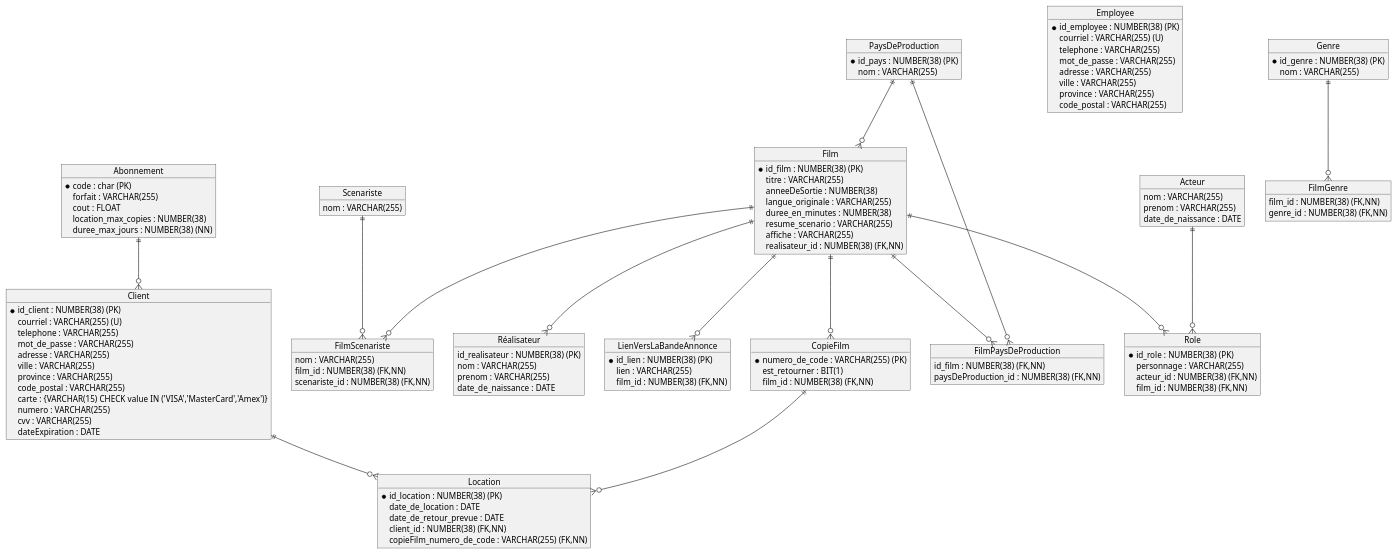
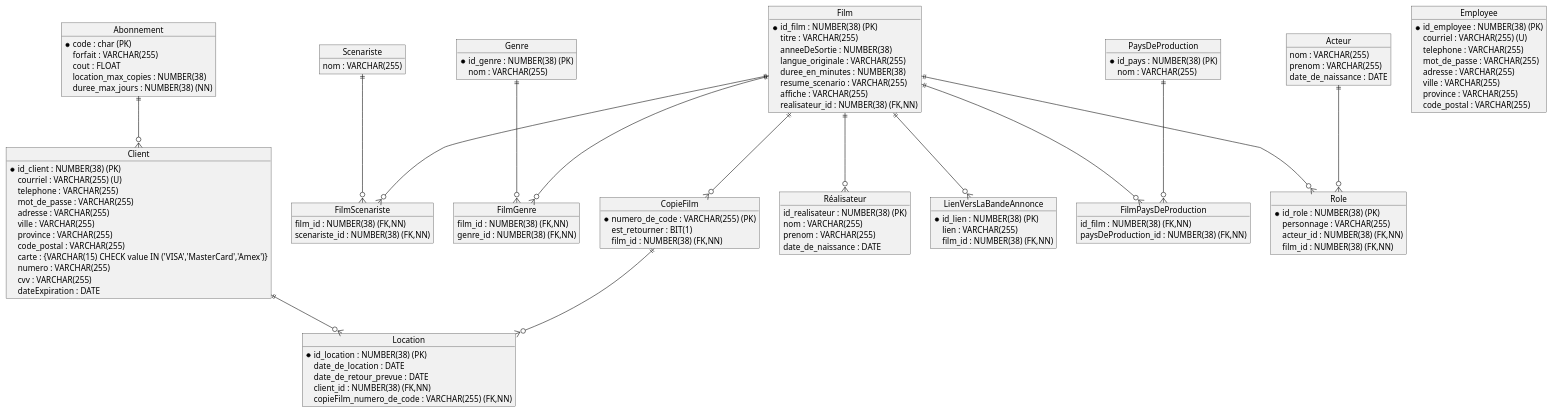
One commit to samihanine/log660-labo1 changed the diagram in tache1.puml. Above: the diagram before and after it, drawn with PlantUML.

Commit message:
refactor: Remove unnecessary attribute and fix relationship in UML class diagram

```diff
--- a/tache1.puml
+++ b/tache1.puml
@@ -1,131 +1,130 @@
 @startuml
 object "Client" as Client {
   *id_client : NUMBER(38) (PK)
   courriel : VARCHAR(255) (U)
   telephone : VARCHAR(255)
   mot_de_passe : VARCHAR(255)
   adresse : VARCHAR(255)
   ville : VARCHAR(255)
   province : VARCHAR(255)
   code_postal : VARCHAR(255)
   carte : {VARCHAR(15) CHECK value IN ('VISA','MasterCard','Amex')}
   numero : VARCHAR(255)
   cvv : VARCHAR(255)
   dateExpiration : DATE
 }
 
 object "Employee" as Employee {
   *id_employee : NUMBER(38) (PK)
   courriel : VARCHAR(255) (U)
   telephone : VARCHAR(255)
   mot_de_passe : VARCHAR(255)
   adresse : VARCHAR(255)
   ville : VARCHAR(255)
   province : VARCHAR(255)
   code_postal : VARCHAR(255)
 }
 
 object "Abonnement" as Abonnement {
   *code : char (PK)
   forfait : VARCHAR(255)
   cout : FLOAT
   location_max_copies : NUMBER(38)
   duree_max_jours : NUMBER(38) (NN)
 }
 
 object "Film" as Film {
   *id_film : NUMBER(38) (PK)
   titre : VARCHAR(255)
   anneeDeSortie : NUMBER(38)
   langue_originale : VARCHAR(255)
   duree_en_minutes : NUMBER(38)
   resume_scenario : VARCHAR(255)
   affiche : VARCHAR(255)
   realisateur_id : NUMBER(38) (FK,NN)
 }
 
 object "FilmScenariste" as FilmScenariste {
-  nom : VARCHAR(255)
   film_id : NUMBER(38) (FK,NN)
   scenariste_id : NUMBER(38) (FK,NN)
 }
 
 object "Scenariste" as Scenariste {
   nom : VARCHAR(255)
 }
 
 object "FilmGenre" as FilmGenre {
   film_id : NUMBER(38) (FK,NN)
   genre_id : NUMBER(38) (FK,NN)
 }
 
 object "Genre" as Genre {
   *id_genre : NUMBER(38) (PK)
   nom : VARCHAR(255)
 }
 
 object "Acteur" as Acteur {
   nom : VARCHAR(255)
   prenom : VARCHAR(255)
   date_de_naissance : DATE
 }
 
 object "FilmPaysDeProduction" as FilmPaysDeProduction {
   id_film : NUMBER(38) (FK,NN)
   paysDeProduction_id : NUMBER(38) (FK,NN)
 }
 
 object "PaysDeProduction" as PaysDeProduction {
   *id_pays : NUMBER(38) (PK)
   nom : VARCHAR(255)
 }
 
 object "Role" as Role {
   *id_role : NUMBER(38) (PK)
   personnage : VARCHAR(255)
   acteur_id : NUMBER(38) (FK,NN)
   film_id : NUMBER(38) (FK,NN)
 }
 
 object "Réalisateur" as Réalisateur {
   id_realisateur : NUMBER(38) (PK)
   nom : VARCHAR(255)
   prenom : VARCHAR(255)
   date_de_naissance : DATE
 }
 
 object "CopieFilm" as CopieFilm {
   *numero_de_code : VARCHAR(255) (PK)
   est_retourner : BIT(1) 
   film_id : NUMBER(38) (FK,NN)
 }
 
 object "Location" as Location {
   *id_location : NUMBER(38) (PK)
   date_de_location : DATE
   date_de_retour_prevue : DATE
   client_id : NUMBER(38) (FK,NN)
   copieFilm_numero_de_code : VARCHAR(255) (FK,NN)
 }
 
 object "LienVersLaBandeAnnonce" as LienVersLaBandeAnnonce {
   *id_lien : NUMBER(38) (PK)
   lien : VARCHAR(255)
   film_id : NUMBER(38) (FK,NN)
 }
 
 Client ||--o{ Location
 Film ||--o{ Role
 Film ||--o{ Réalisateur
 Film ||--o{ CopieFilm
 CopieFilm ||--o{ Location
 Acteur ||--o{ Role
-PaysDeProduction ||--o{ Film
 Film ||--o{ LienVersLaBandeAnnonce
 Film ||--o{ FilmScenariste
 Scenariste ||--o{ FilmScenariste
 Genre ||--o{ FilmGenre
 Film ||--o{ FilmPaysDeProduction
 PaysDeProduction ||--o{ FilmPaysDeProduction
 Abonnement ||--o{ Client
+Film ||--o{ FilmGenre
 @enduml
```
